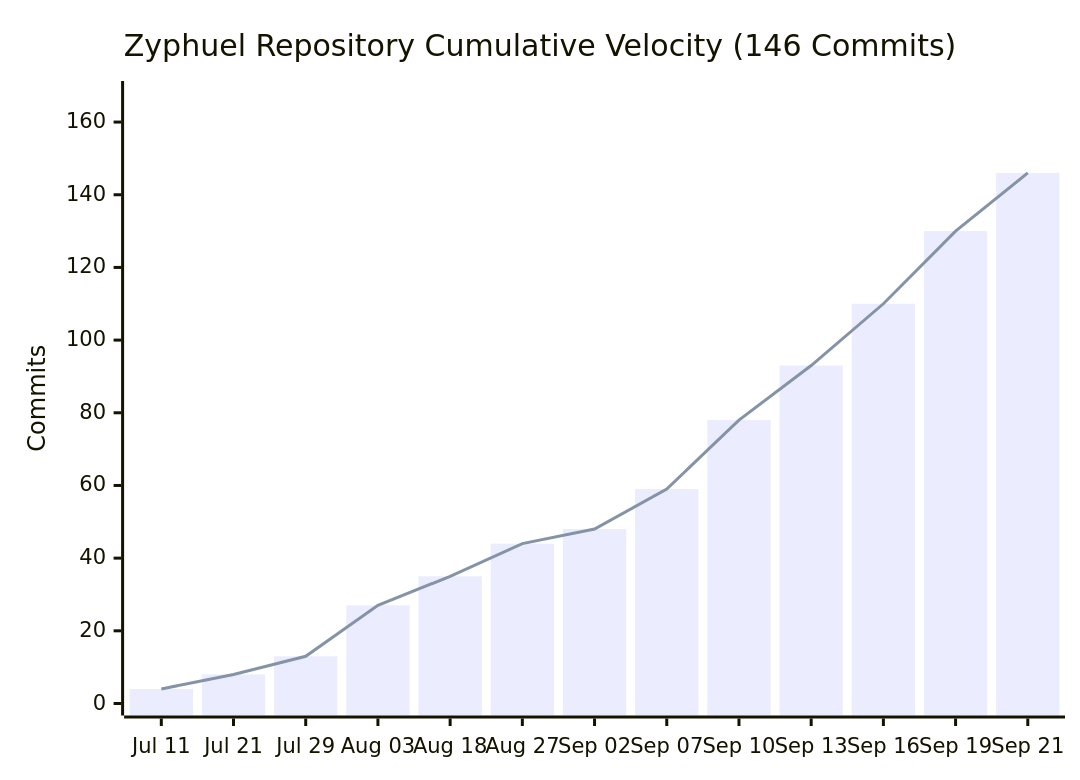
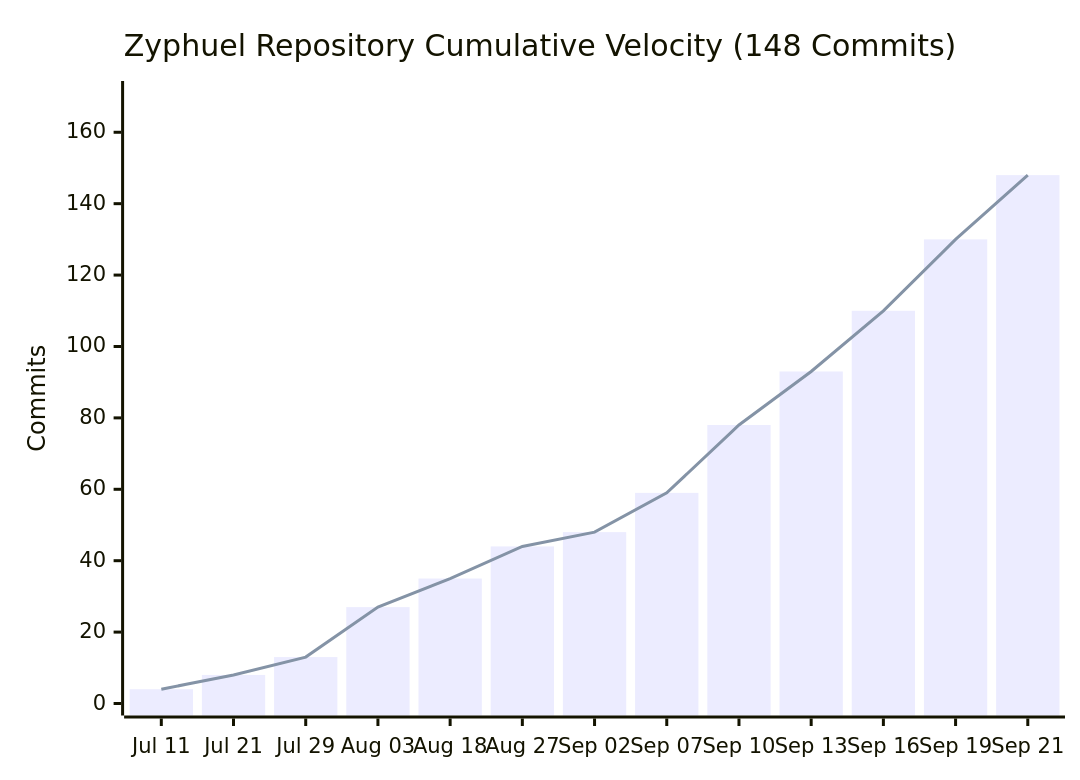
Before and after one commit to daniyal44/Zyphuel: the diagram in README.md, drawn with Mermaid. The commit also changed other lines of this file and 7 other files, not shown here.

````diff
--- a/README.md
+++ b/README.md
@@ -30,8 +30,8 @@
 ```mermaid
 xychart-beta
-    title "Zyphuel Repository Cumulative Velocity (146 Commits)"
+    title "Zyphuel Repository Cumulative Velocity (148 Commits)"
     x-axis ["Jul 11", "Jul 21", "Jul 29", "Aug 03", "Aug 18", "Aug 27", "Sep 02", "Sep 07", "Sep 10", "Sep 13", "Sep 16", "Sep 19", "Sep 21"]
-    y-axis "Commits" 0 --> 168
-    bar [4, 8, 13, 27, 35, 44, 48, 59, 78, 93, 110, 130, 146]
-    line [4, 8, 13, 27, 35, 44, 48, 59, 78, 93, 110, 130, 146]
+    y-axis "Commits" 0 --> 171
+    bar [4, 8, 13, 27, 35, 44, 48, 59, 78, 93, 110, 130, 148]
+    line [4, 8, 13, 27, 35, 44, 48, 59, 78, 93, 110, 130, 148]
 ```
````
